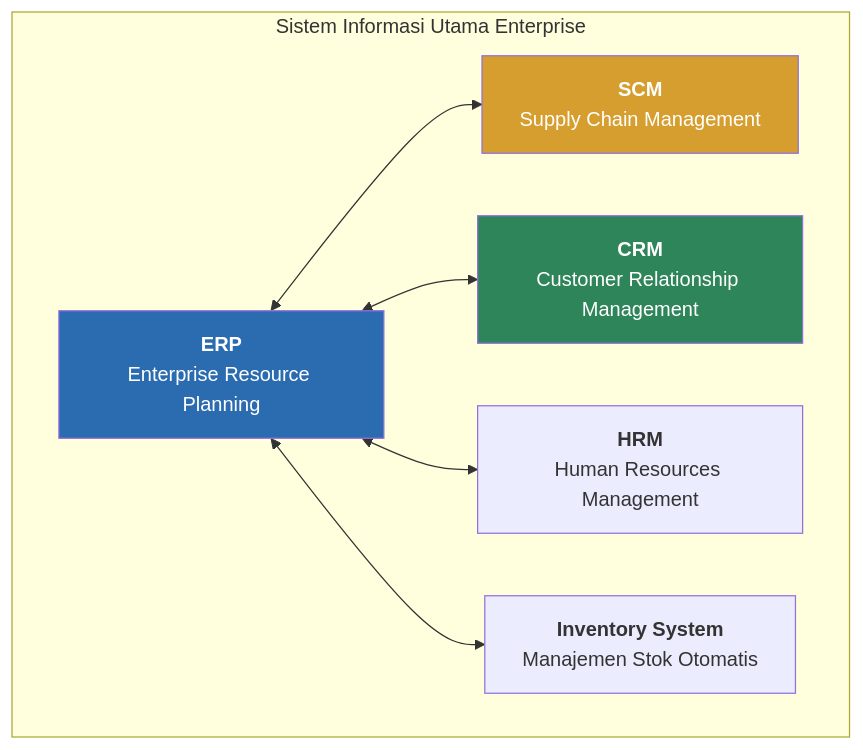
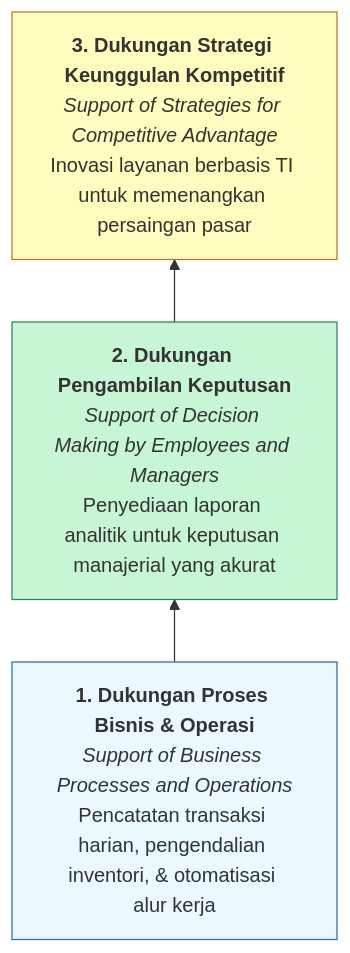
One commit to iqbaleff214/sistem-informasi-universitas-terbuka changed the fourth of 4 diagrams in [STSI4408]-e-bisnis/pertemuan-01/README.md. Above: the diagram before and after it, drawn with Mermaid. The commit also changed other lines of this file, not shown here.

Commit message:
feat: sesi 1 e-bisnis

````diff
--- a/[STSI4408]-e-bisnis/pertemuan-01/README.md
+++ b/[STSI4408]-e-bisnis/pertemuan-01/README.md
@@ -176,20 +178,12 @@
 ```mermaid
-flowchart TB
-    subgraph Enterprise_Systems ["Sistem Informasi Utama Enterprise"]
-        ERP["<b>ERP</b><br/>Enterprise Resource Planning"]
-        CRM["<b>CRM</b><br/>Customer Relationship Management"]
-        SCM["<b>SCM</b><br/>Supply Chain Management"]
-        HRM["<b>HRM</b><br/>Human Resources Management"]
-        INV["<b>Inventory System</b><br/>Manajemen Stok Otomatis"]
-    end
+flowchart BT
+    L1["<b>1. Dukungan Proses Bisnis & Operasi</b><br/><i>Support of Business Processes and Operations</i><br/>Pencatatan transaksi harian, pengendalian inventori, & otomatisasi alur kerja"]
+    L2["<b>2. Dukungan Pengambilan Keputusan</b><br/><i>Support of Decision Making by Employees and Managers</i><br/>Penyediaan laporan analitik untuk keputusan manajerial yang akurat"]
+    L3["<b>3. Dukungan Strategi Keunggulan Kompetitif</b><br/><i>Support of Strategies for Competitive Advantage</i><br/>Inovasi layanan berbasis TI untuk memenangkan persaingan pasar"]
 
-    ERP <--> SCM
-    ERP <--> CRM
-    ERP <--> HRM
-    ERP <--> INV
+    L1 --> L2 --> L3
 
-    style ERP fill:#2b6cb0,color:#fff
-    style CRM fill:#2f855a,color:#fff
-    style SCM fill:#d69e2e,color:#fff
-
+    style L1 fill:#ebf8ff,stroke:#2b6cb0
+    style L2 fill:#c6f6d5,stroke:#2f855a
+    style L3 fill:#fefcbf,stroke:#b7791f
 ```
````
